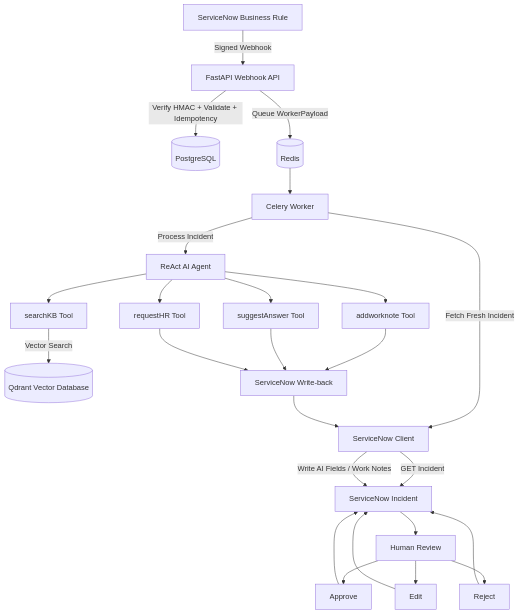
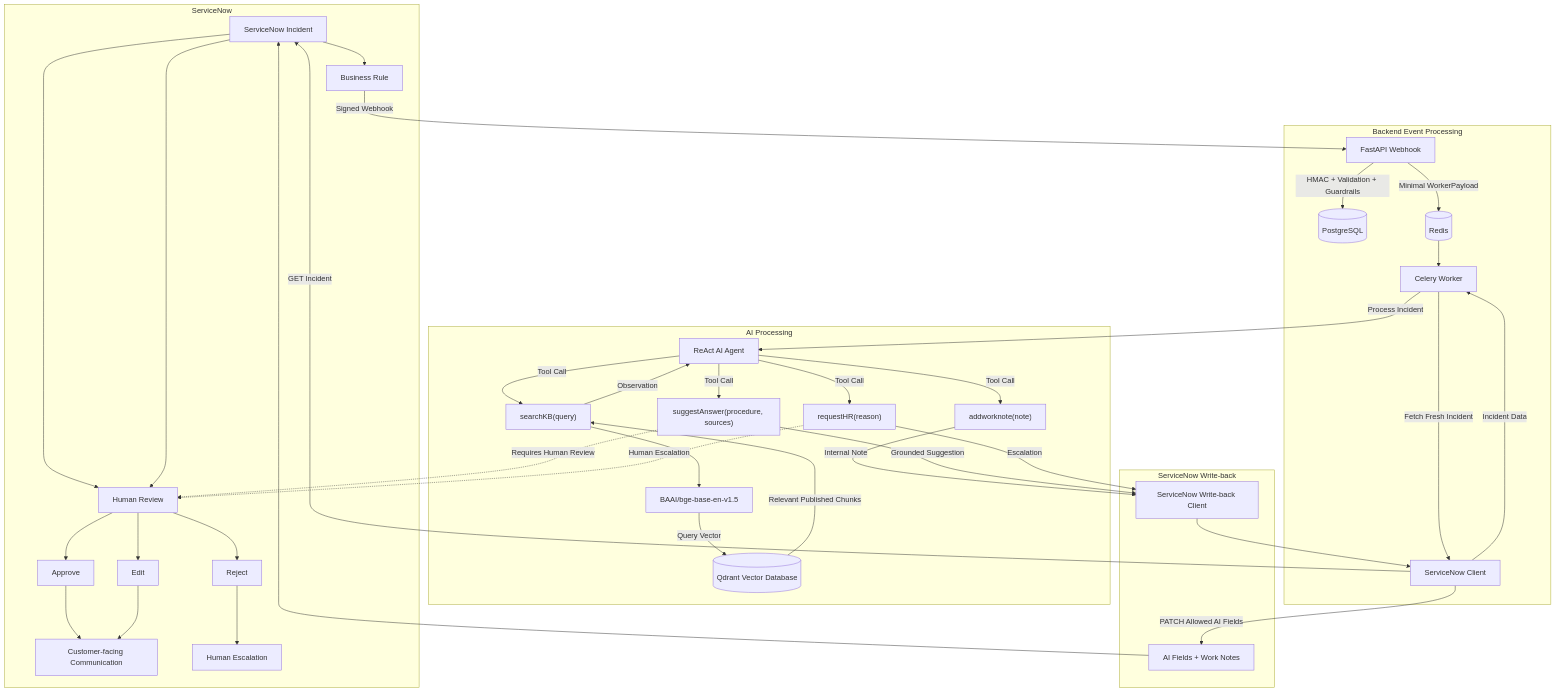
Before and after one commit to MoHatemTC/barq-sprints-ai-servicenow-support-assistant-g5: the first of 7 diagrams in docs/architecture.md, drawn with Mermaid. The commit also changed other lines of this file, not shown here.

````diff
--- a/docs/architecture.md
+++ b/docs/architecture.md
@@ -27,62 +27,95 @@
 ```mermaid
 flowchart TD
 
-    SN[ServiceNow Incident]
-    BR[ServiceNow Business Rule]
-    API[FastAPI Webhook API]
-    DB[(PostgreSQL)]
-    REDIS[(Redis)]
-    WORKER[Celery Worker]
-    SNC[ServiceNow Client]
-    AGENT[ReAct AI Agent]
+    %% ServiceNow side
+    subgraph SN_SIDE["ServiceNow"]
+        SN[ServiceNow Incident]
+        BR[Business Rule]
+        REVIEW[Human Review]
+        APPROVE[Approve]
+        EDIT[Edit]
+        REJECT[Reject]
+        CUSTOMER[Customer-facing Communication]
+        HUMAN_ESC[Human Escalation]
 
-    KB[searchKB Tool]
-    QDRANT[(Qdrant Vector Database)]
+        SN --> BR
+        SN --> REVIEW
+        REVIEW --> APPROVE
+        REVIEW --> EDIT
+        REVIEW --> REJECT
+        APPROVE --> CUSTOMER
+        EDIT --> CUSTOMER
+        REJECT --> HUMAN_ESC
+    end
 
-    NOTE[addworknote Tool]
-    SUGGEST[suggestAnswer Tool]
-    HR[requestHR Tool]
+    %% Backend event processing
+    subgraph BACKEND["Backend Event Processing"]
+        API[FastAPI Webhook]
+        DB[(PostgreSQL)]
+        REDIS[(Redis)]
+        WORKER[Celery Worker]
+        SNC[ServiceNow Client]
+    end
 
-    WB[ServiceNow Write-back]
-    REVIEW[Human Review]
+    %% AI processing
+    subgraph AI["AI Processing"]
+        AGENT["ReAct AI Agent"]
 
-    APPROVE[Approve]
-    EDIT[Edit]
-    REJECT[Reject]
+        SEARCH["searchKB(query)"]
+        NOTE["addworknote(note)"]
+        SUGGEST["suggestAnswer(procedure, sources)"]
+        HR["requestHR(reason)"]
 
-    BR -->|Signed Webhook| API
+        EMB["BAAI/bge-base-en-v1.5"]
+        QDRANT[(Qdrant Vector Database)]
+    end
 
-    API -->|Verify HMAC + Validate + Idempotency| DB
-    API -->|Queue WorkerPayload| REDIS
+    %% Write-back
+    subgraph WRITEBACK["ServiceNow Write-back"]
+        WB["ServiceNow Write-back Client"]
+        FIELDS["AI Fields + Work Notes"]
+    end
 
+    %% Incident ingestion
+    BR -->|"Signed Webhook"| API
+
+    API -->|"HMAC + Validation + Guardrails"| DB
+    API -->|"Minimal WorkerPayload"| REDIS
     REDIS --> WORKER
 
-    WORKER -->|Fetch Fresh Incident| SNC
-    SNC -->|GET Incident| SN
+    %% Fresh incident retrieval
+    WORKER -->|"Fetch Fresh Incident"| SNC
+    SNC -->|"GET Incident"| SN
+    SNC -->|"Incident Data"| WORKER
 
-    WORKER -->|Process Incident| AGENT
+    %% Agent
+    WORKER -->|"Process Incident"| AGENT
 
-    AGENT --> KB
-    KB -->|Vector Search| QDRANT
+    %% ReAct tool loop
+    AGENT -->|"Tool Call"| SEARCH
+    SEARCH --> EMB
+    EMB -->|"Query Vector"| QDRANT
+    QDRANT -->|"Relevant Published Chunks"| SEARCH
+    SEARCH -->|"Observation"| AGENT
 
-    AGENT --> NOTE
-    AGENT --> SUGGEST
-    AGENT --> HR
+    AGENT -->|"Tool Call"| NOTE
+    NOTE -->|"Internal Note"| WB
 
-    NOTE --> WB
-    SUGGEST --> WB
-    HR --> WB
+    AGENT -->|"Tool Call"| SUGGEST
+    SUGGEST -->|"Grounded Suggestion"| WB
 
+    AGENT -->|"Tool Call"| HR
+    HR -->|"Escalation"| WB
+
+    %% Write-back
     WB --> SNC
-    SNC -->|Write AI Fields / Work Notes| SN
+    SNC -->|"PATCH Allowed AI Fields"| FIELDS
+    FIELDS --> SN
 
+    %% Human review
     SN --> REVIEW
 
-    REVIEW --> APPROVE
-    REVIEW --> EDIT
-    REVIEW --> REJECT
-
-    APPROVE --> SN
-    EDIT --> SN
-    REJECT --> SN
+    %% Review relationships
+    SUGGEST -.->|"Requires Human Review"| REVIEW
+    HR -.->|"Human Escalation"| REVIEW
 ```
````
